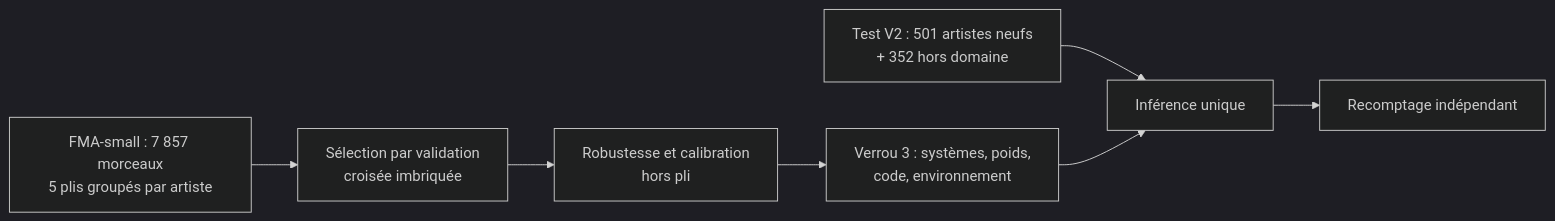
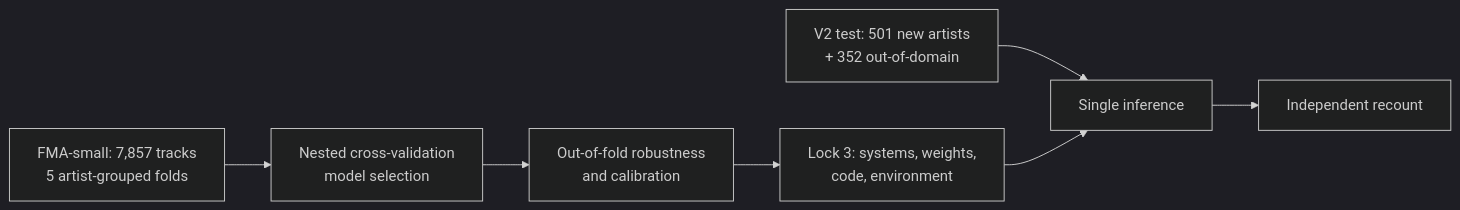
The diagram in README.md (pierredamien21/classification-genres-musicaux), drawn with Mermaid (dark theme) before and after one commit. The commit also changed other lines of this file and 3 other files, not shown here.

First line of the commit message:
README bilingue et figure des résultats du test V2

````diff
--- a/README.md
+++ b/README.md
@@ -37,9 +30,9 @@
 ```mermaid
 flowchart LR
-    A[FMA-small : 7 857 morceaux<br/>5 plis groupés par artiste] --> B[Sélection par validation<br/>croisée imbriquée]
-    B --> C[Robustesse et calibration<br/>hors pli]
-    C --> D[Verrou 3 : systèmes, poids,<br/>code, environnement]
-    E[Test V2 : 501 artistes neufs<br/>+ 352 hors domaine] --> F[Inférence unique]
+    A[FMA-small: 7,857 tracks<br/>5 artist-grouped folds] --> B[Nested cross-validation<br/>model selection]
+    B --> C[Out-of-fold robustness<br/>and calibration]
+    C --> D[Lock 3: systems, weights,<br/>code, environment]
+    E[V2 test: 501 new artists<br/>+ 352 out-of-domain] --> F[Single inference]
     D --> F
-    F --> G[Recomptage indépendant]
+    F --> G[Independent recount]
 ```
````
